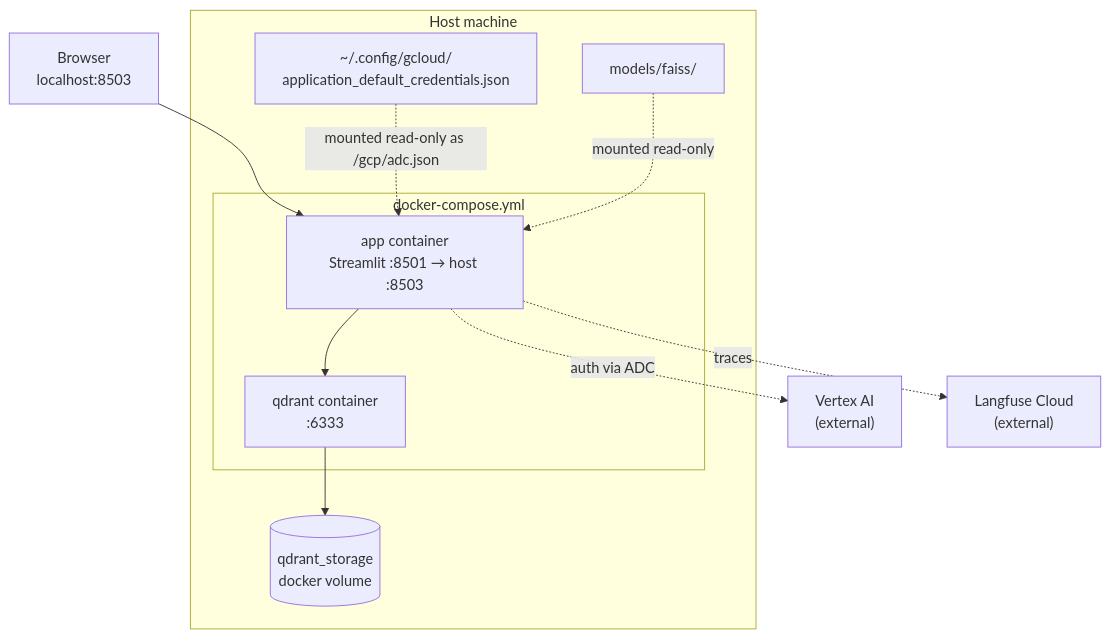
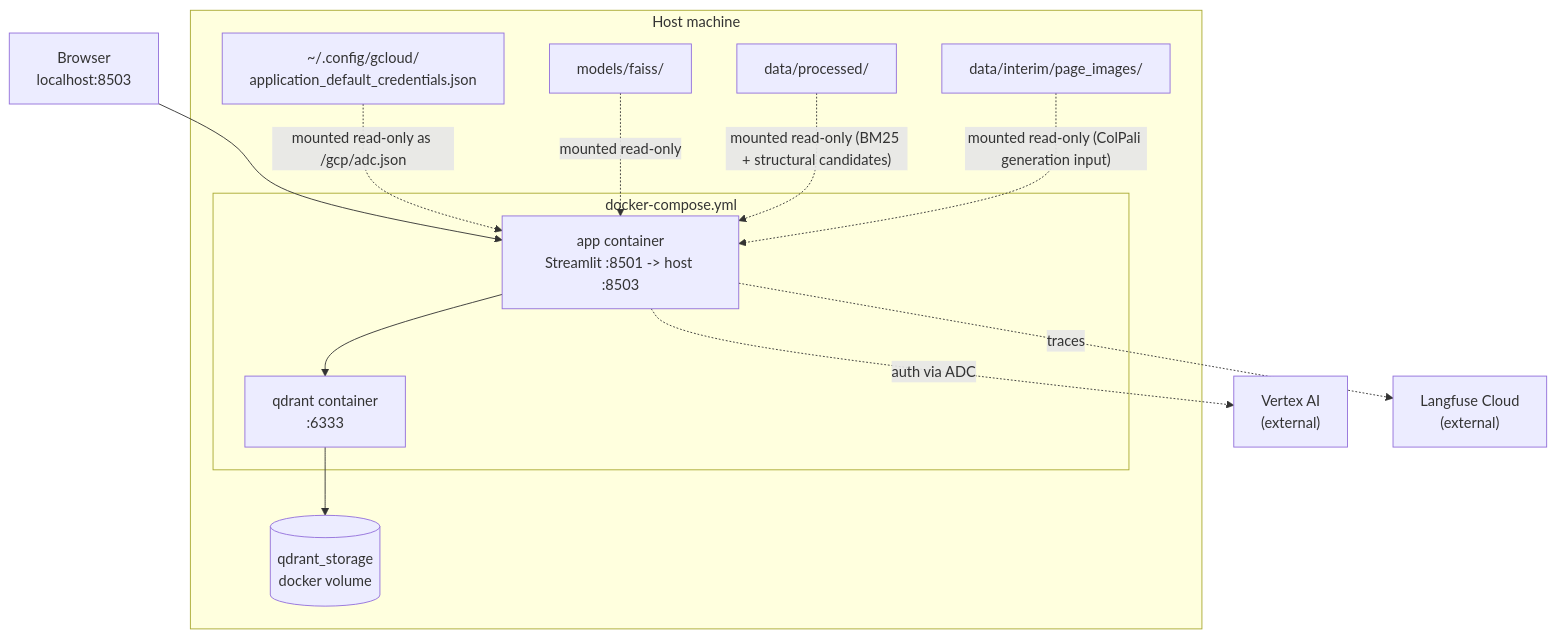
One commit to kcholyshere/Finrag changed the sixth of 7 diagrams in ARCHITECTURE.md. Above: the diagram before and after it, drawn with Mermaid. The commit also changed other lines of this file and 2 other files, not shown here.

First line of the commit message:
Rewrite README and ARCHITECTURE for the current system

````diff
--- a/ARCHITECTURE.md
+++ b/ARCHITECTURE.md
@@ -180,27 +316,31 @@
 ```mermaid
 flowchart TB
     Browser["Browser<br/>localhost:8503"]
 
     subgraph Host["Host machine"]
         ADC["~/.config/gcloud/<br/>application_default_credentials.json"]
         FaissDir["models/faiss/"]
+        ChunksFile["data/processed/"]
+        PageImagesDir["data/interim/page_images/"]
 
         subgraph Compose["docker-compose.yml"]
-            App["app container<br/>Streamlit :8501 → host :8503"]
+            App["app container<br/>Streamlit :8501 -> host :8503"]
             QdrantC["qdrant container<br/>:6333"]
         end
 
         QVol[("qdrant_storage<br/>docker volume")]
     end
 
     VertexAI["Vertex AI<br/>(external)"]
     LangfuseCloud["Langfuse Cloud<br/>(external)"]
 
     Browser --> App
     ADC -.->|"mounted read-only as /gcp/adc.json"| App
     FaissDir -.->|"mounted read-only"| App
+    ChunksFile -.->|"mounted read-only (BM25 + structural candidates)"| App
+    PageImagesDir -.->|"mounted read-only (ColPali generation input)"| App
     App --> QdrantC
     QdrantC --> QVol
     App -.->|"auth via ADC"| VertexAI
     App -.->|"traces"| LangfuseCloud
 ```
````
